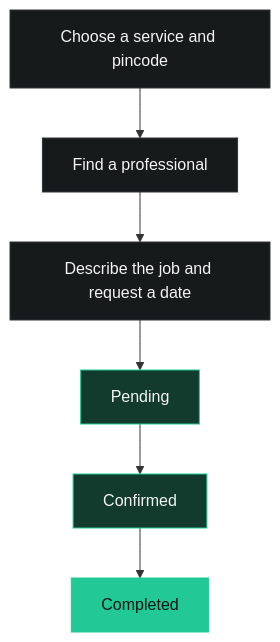
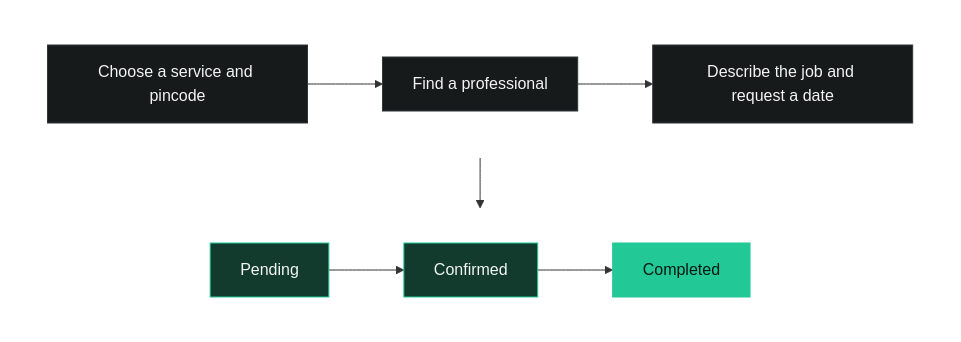
Before and after one commit to kishan3113/Doable: the diagram in README.md, drawn with Mermaid.

Commit message:
Arrange README flowchart in two horizontal rows

````diff
--- a/README.md
+++ b/README.md
@@ -26,15 +26,23 @@
 ```mermaid
 flowchart TD
-    A[Choose a service and pincode] --> B[Find a professional]
-    B --> C[Describe the job and request a date]
-    C --> D[Pending]
-    D --> E[Confirmed]
-    E --> F[Completed]
+    subgraph booking[" "]
+        direction LR
+        A[Choose a service and pincode] --> B[Find a professional]
+        B --> C[Describe the job and request a date]
+    end
+    subgraph progress[" "]
+        direction LR
+        D[Pending] --> E[Confirmed] --> F[Completed]
+    end
+    booking --> progress
+
+    style booking fill:transparent,stroke:transparent;
+    style progress fill:transparent,stroke:transparent;
 
     classDef step fill:#171a1b,stroke:#303536,color:#f2f5f3;
     classDef status fill:#123b2d,stroke:#22c997,color:#f2f5f3;
     classDef done fill:#22c997,stroke:#22c997,color:#071711;
     class A,B,C step;
     class D,E status;
     class F done;
 ```
````
